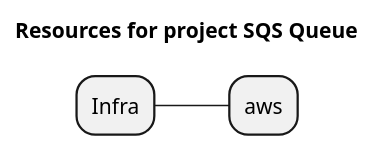
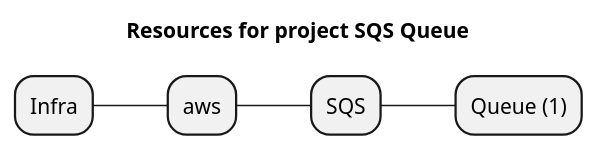
One commit to grucloud/grucloud changed the diagram in examples/aws/sqs/sqs-simple/artifacts/resources-mindmap.puml. Above: the diagram before and after it, drawn with PlantUML. The commit also changed 23 other files, not shown here.

Commit message:
sqs queue ok

```diff
--- a/examples/aws/sqs/sqs-simple/artifacts/resources-mindmap.puml
+++ b/examples/aws/sqs/sqs-simple/artifacts/resources-mindmap.puml
@@ -1,7 +1,8 @@
 @startmindmap
 title Resources for project SQS Queue
 skinparam monochrome true
 + Infra
 ++ aws
-
++++ SQS
+++++ Queue (1)
 @endmindmap
```
